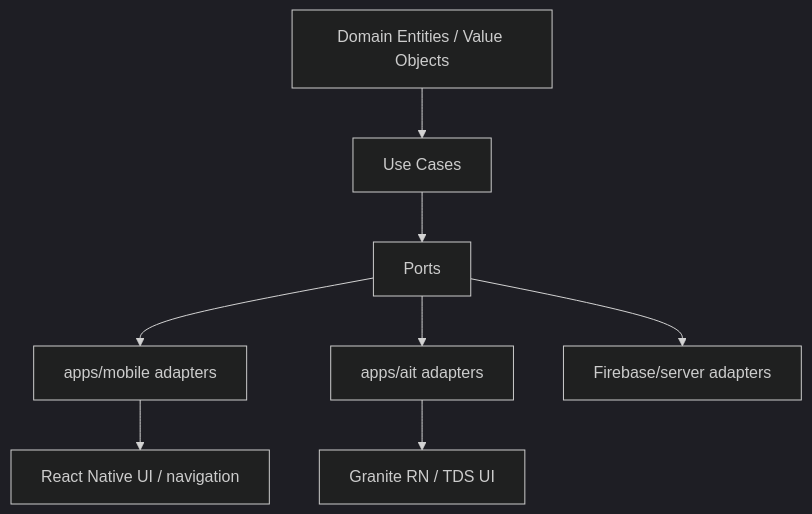
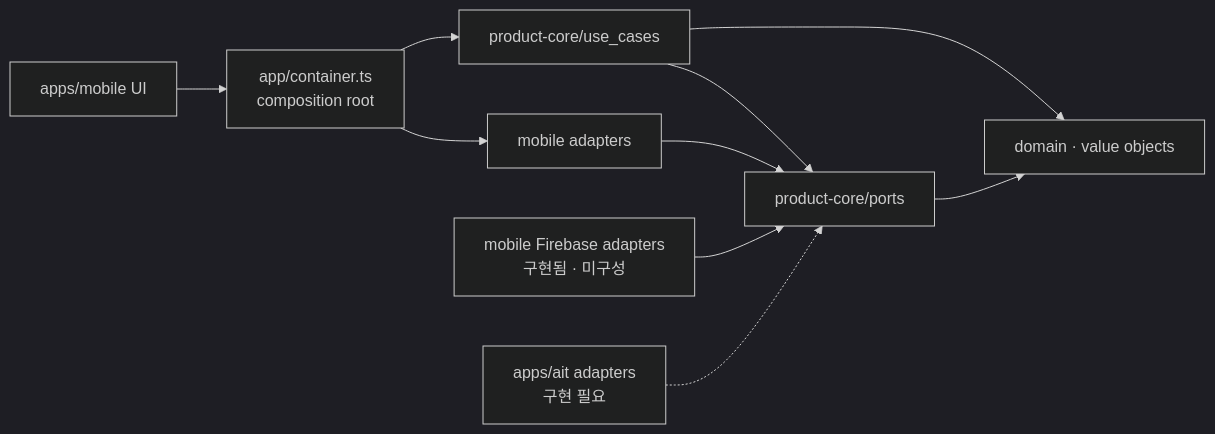
The diagram in docs/03-architecture/clean-architecture.md (seorilabs/babycare), drawn with Mermaid (dark theme) before and after one commit. The commit also changed other lines of this file and 166 other files, not shown here.

First line of the commit message:
BabyCare 공동 기록 MVP 기반과 Clean Architecture 구현 (#1)

````diff
--- a/docs/03-architecture/clean-architecture.md
+++ b/docs/03-architecture/clean-architecture.md
@@ -5,10 +7,12 @@
 ```mermaid
-flowchart TD
-  Domain["Domain Entities / Value Objects"] --> UseCases["Use Cases"]
-  UseCases --> Ports["Ports"]
-  Ports --> MobileAdapters["apps/mobile adapters"]
-  Ports --> AITAdapters["apps/ait adapters"]
-  Ports --> FirebaseAdapters["Firebase/server adapters"]
-  MobileAdapters --> MobileUI["React Native UI / navigation"]
-  AITAdapters --> AITUI["Granite RN / TDS UI"]
+flowchart LR
+  UI["apps/mobile UI"] --> Root["app/container.ts<br/>composition root"]
+  Root --> UseCases["product-core/use_cases"]
+  Root --> MobileAdapters["mobile adapters"]
+  UseCases --> Ports["product-core/ports"]
+  UseCases --> Domain["domain · value objects"]
+  Ports --> Domain
+  MobileAdapters --> Ports
+  FirebaseAdapters["mobile Firebase adapters<br/>구현됨 · 미구성"] --> Ports
+  AITAdapters["apps/ait adapters<br/>구현 필요"] -.-> Ports
 ```
````
